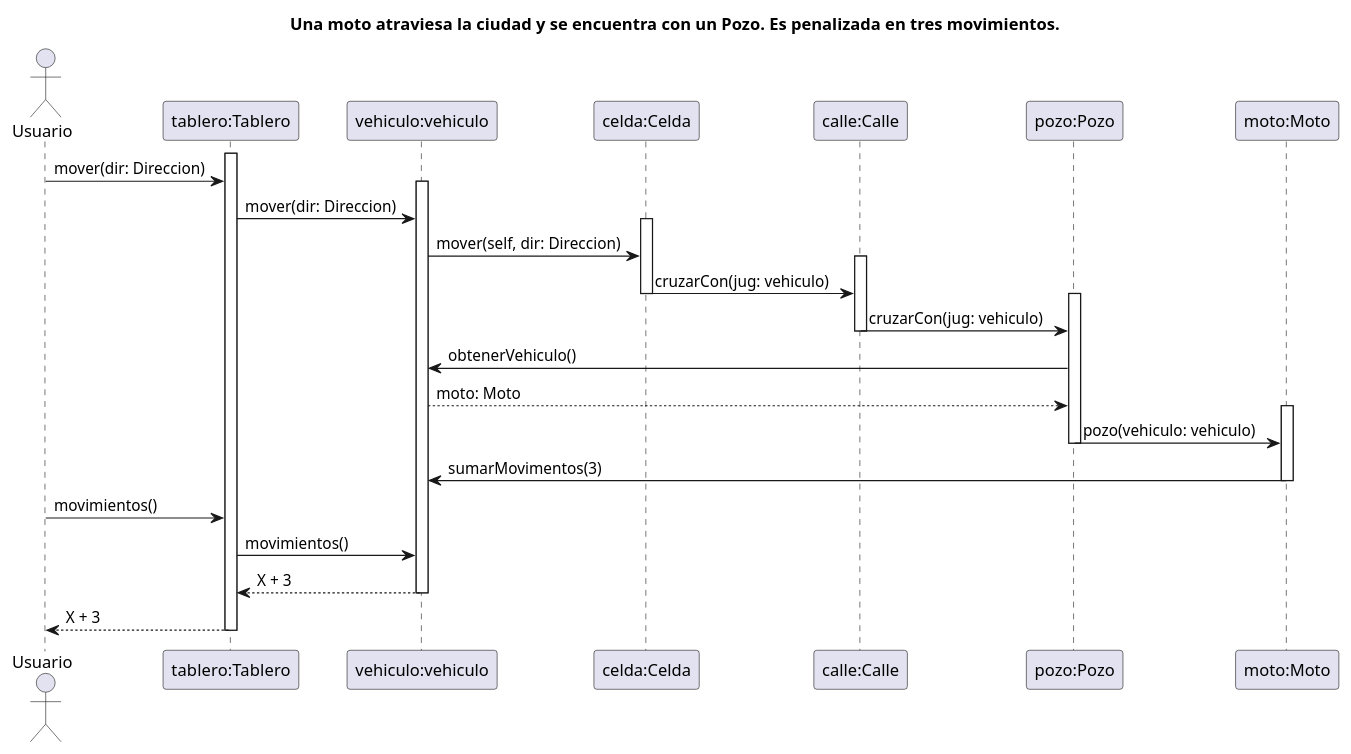
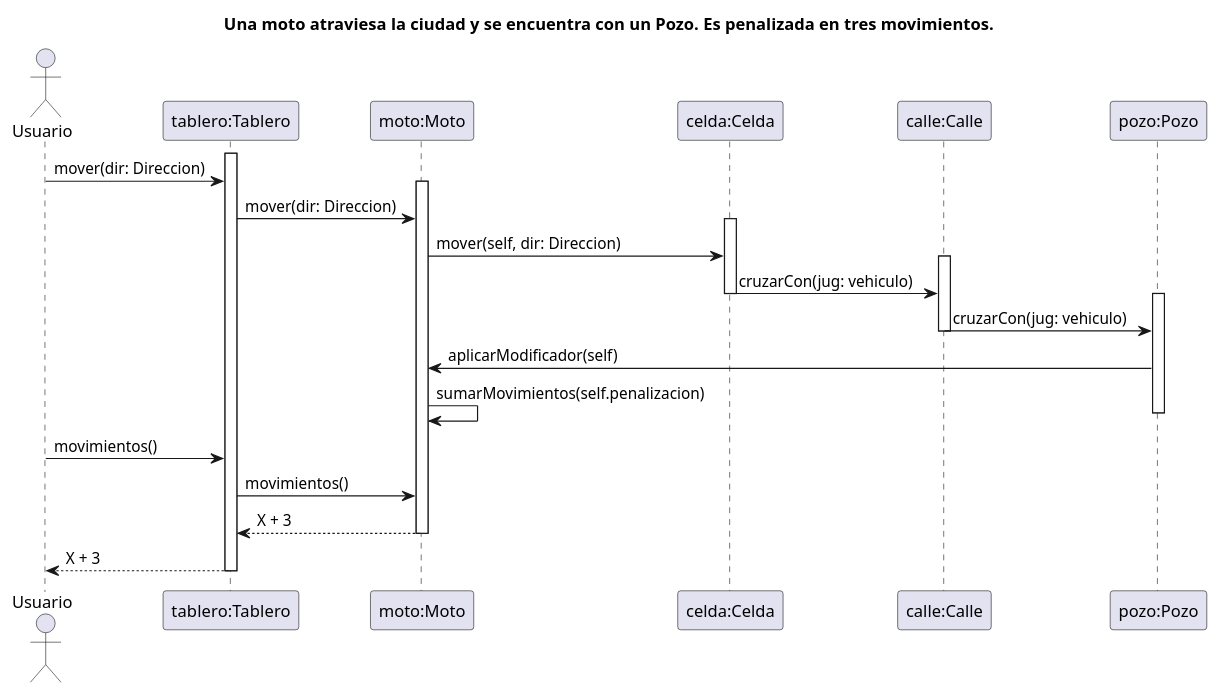
The diagram in diagrams/sequences/SecuenciaUnaMotoCruzaUnPozoYEsPenalizado/SecuenciaUnaMotoCruzaUnPozoYEsPenalizado.puml (emtello/algo3_tp2_1C2022), drawn with PlantUML before and after one commit. The commit also changed 23 other files, not shown here.

Commit message:
Actualización de todos los diagramas de secuencia

```diff
--- a/diagrams/sequences/SecuenciaUnaMotoCruzaUnPozoYEsPenalizado/SecuenciaUnaMotoCruzaUnPozoYEsPenalizado.puml
+++ b/diagrams/sequences/SecuenciaUnaMotoCruzaUnPozoYEsPenalizado/SecuenciaUnaMotoCruzaUnPozoYEsPenalizado.puml
@@ -1,62 +1,61 @@
 @startuml SecuenciaUnaMotoCruzaUnPozoYEsPenalizado
 ' Caso de uso 
 ' Una moto atraviesa la ciudad y se encuentra con un Pozo. Es penalizada en tres movimientos.
 
 title Una moto atraviesa la ciudad y se encuentra con un Pozo. Es penalizada en tres movimientos.
 
 Actor Usuario as user
 participant "tablero:Tablero" as tablero
-participant "vehiculo:vehiculo" as vehiculo
+participant "moto:Moto" as vehiculo
 participant "celda:Celda" as celda
 participant "calle:Calle" as calle
 participant "pozo:Pozo" as pozo
-participant "moto:Moto" as moto
+
+' participant "Direccion" as direccion
+' participant "Modificador" as modificador
 
 activate tablero
+
 
 user -> tablero: mover(dir: Direccion)
 
 activate vehiculo
 
 tablero -> vehiculo: mover(dir: Direccion)
 
 activate celda
 
 vehiculo -> celda: mover(self, dir: Direccion)
 
 activate calle
 
 celda -> calle: cruzarCon(jug: vehiculo)
 
 deactivate celda
 activate pozo
 
 calle -> pozo: cruzarCon(jug: vehiculo)
+
 deactivate calle
-pozo -> vehiculo: obtenerVehiculo()
 
-vehiculo --> pozo: moto: Moto
+pozo -> vehiculo: aplicarModificador(self)
 
-activate moto
-
-pozo -> moto: pozo(vehiculo: vehiculo)
+vehiculo -> vehiculo: sumarMovimientos(self.penalizacion)
 
 deactivate pozo
 
-moto -> vehiculo: sumarMovimentos(3)
-
-deactivate moto
 deactivate calle
 deactivate celda
 
 user -> tablero: movimientos()
 tablero -> vehiculo: movimientos()
 vehiculo --> tablero: X + 3
 
 deactivate vehiculo
 
 tablero --> user: X + 3
 
 deactivate tablero
 
+
 @enduml
```
